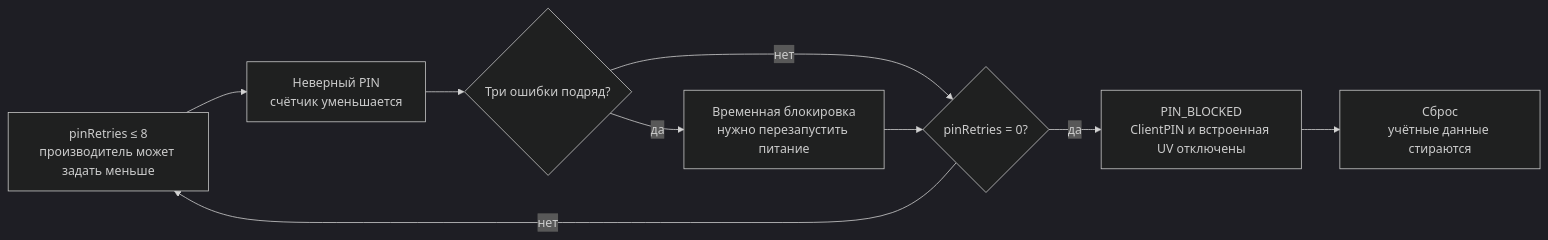
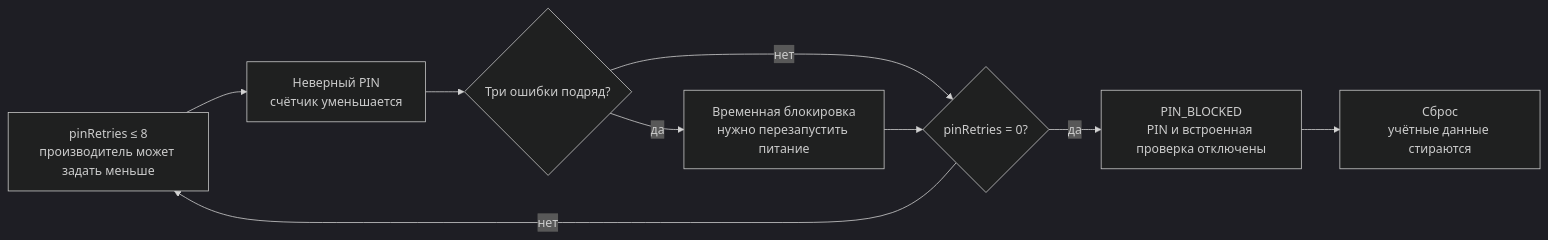
Before and after one commit to zapret-discordyoutube/todo: the fourth of 4 diagrams in FIDO/ctap.md, drawn with Mermaid (dark theme). The commit also changed other lines of this file and 8 other files, not shown here.

````diff
--- a/FIDO/ctap.md
+++ b/FIDO/ctap.md
@@ -182,11 +139,11 @@
 ```mermaid
 flowchart LR
     Start["pinRetries ≤ 8<br>производитель может задать меньше"] --> Wrong["Неверный PIN<br>счётчик уменьшается"]
     Wrong --> Three{"Три ошибки подряд?"}
     Three -->|"да"| Cycle["Временная блокировка<br>нужно перезапустить питание"]
     Three -->|"нет"| Zero{"pinRetries = 0?"}
     Cycle --> Zero
     Zero -->|"нет"| Start
-    Zero -->|"да"| Blocked["PIN_BLOCKED<br>ClientPIN и встроенная UV отключены"]
+    Zero -->|"да"| Blocked["PIN_BLOCKED<br>PIN и встроенная проверка отключены"]
     Blocked --> Reset["Сброс<br>учётные данные стираются"]
 ```
````
